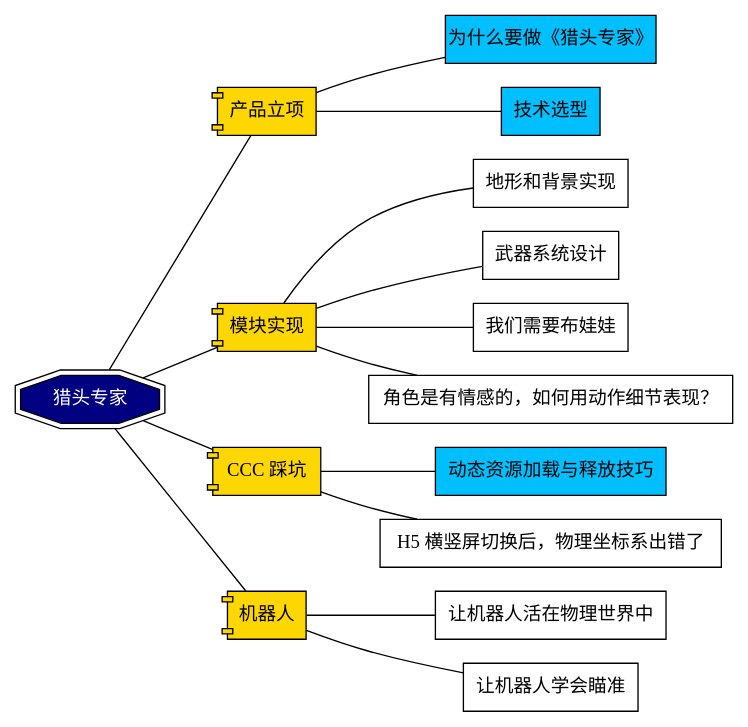
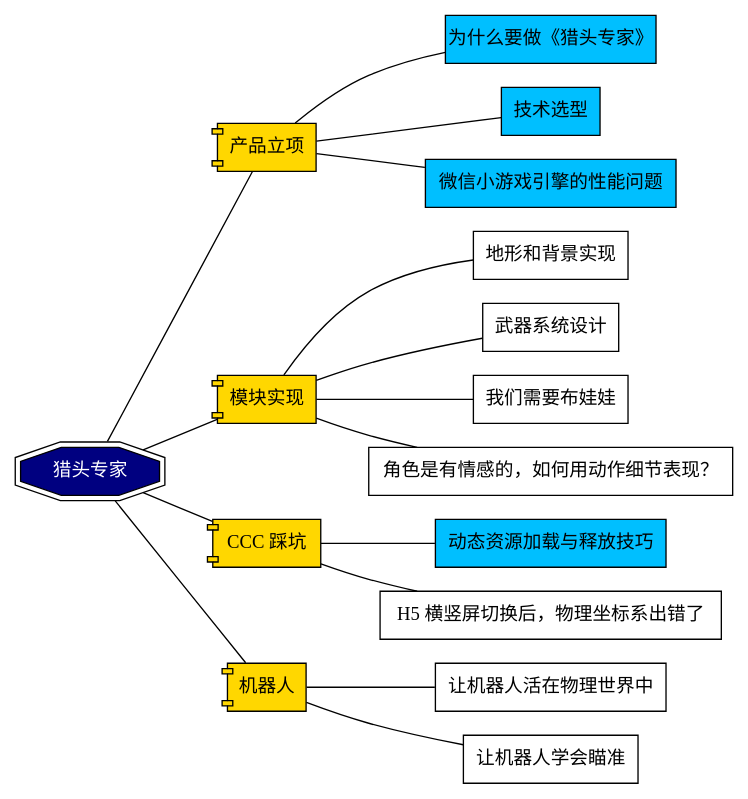
One commit to zrong/blog changed the diagram in dot/2666.dot. Above: the diagram before and after it, drawn with Graphviz. The commit also changed 2 other files, not shown here.

```diff
--- a/dot/2666.dot
+++ b/dot/2666.dot
@@ -1,42 +1,43 @@
 graph {
     graph[rankdir="LR"]
     node[shape=rect]
 
     name[label=猎头专家,shape=doubleoctagon,style=filled,fillcolor=navy,fontcolor=white]
 
     {
         node[shape=component,style=filled,fillcolor=gold]
         product[label=产品立项]
         module[label=模块实现]
         ccc[label="CCC 踩坑"]
         robot[label=机器人]
     }
 
     name -- product
     name -- ccc
     name -- module
     name -- robot
 
     {
         node[shape=rect,style=filled,fillcolor=white]
         product -- {
             node[fillcolor=deepskyblue]
             为什么要做《猎头专家》
             技术选型
+            微信小游戏引擎的性能问题
         }
         module -- {
             地形和背景实现
             武器系统设计
             我们需要布娃娃
             角色是有情感的，如何用动作细节表现？
         }
         robot -- {
             让机器人活在物理世界中
             让机器人学会瞄准
         }
         ccc -- {
             动态资源加载与释放技巧[fillcolor=deepskyblue,url="https://zengrong.net"]
             "H5 横竖屏切换后，物理坐标系出错了"
         }
     }
 }
```
